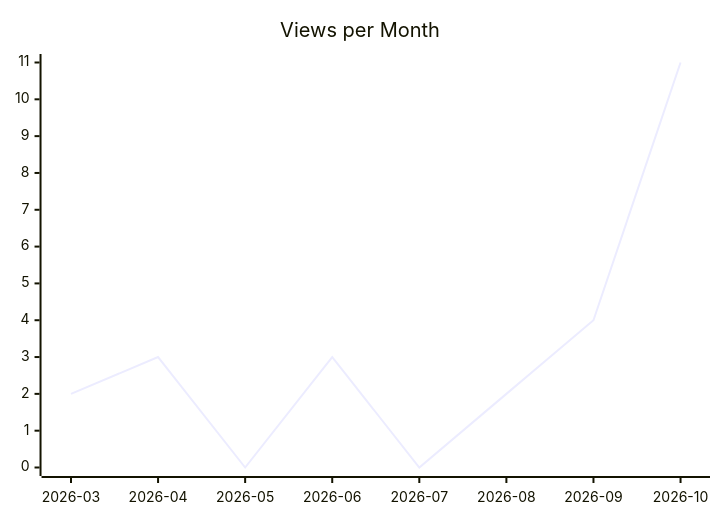
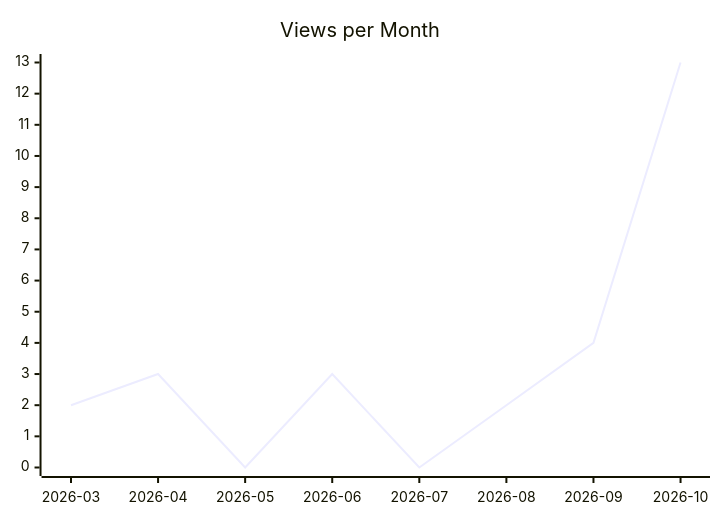
The second of 3 diagrams in karlmdavis/ansible-role-bind-dns/README.md (justdavis-family/github-analytics-data), drawn with Mermaid before and after one commit. The commit also changed other lines of this file and 202 other files, not shown here.

````diff
--- a/karlmdavis/ansible-role-bind-dns/README.md
+++ b/karlmdavis/ansible-role-bind-dns/README.md
@@ -12,6 +12,6 @@
 ```mermaid
 xychart-beta
   title "Views per Month"
   x-axis ["2026-03", "2026-04", "2026-05", "2026-06", "2026-07", "2026-08", "2026-09", "2026-10"]
-  line [2, 3, 0, 3, 0, 2, 4, 11]
+  line [2, 3, 0, 3, 0, 2, 4, 13]
 ```
````
